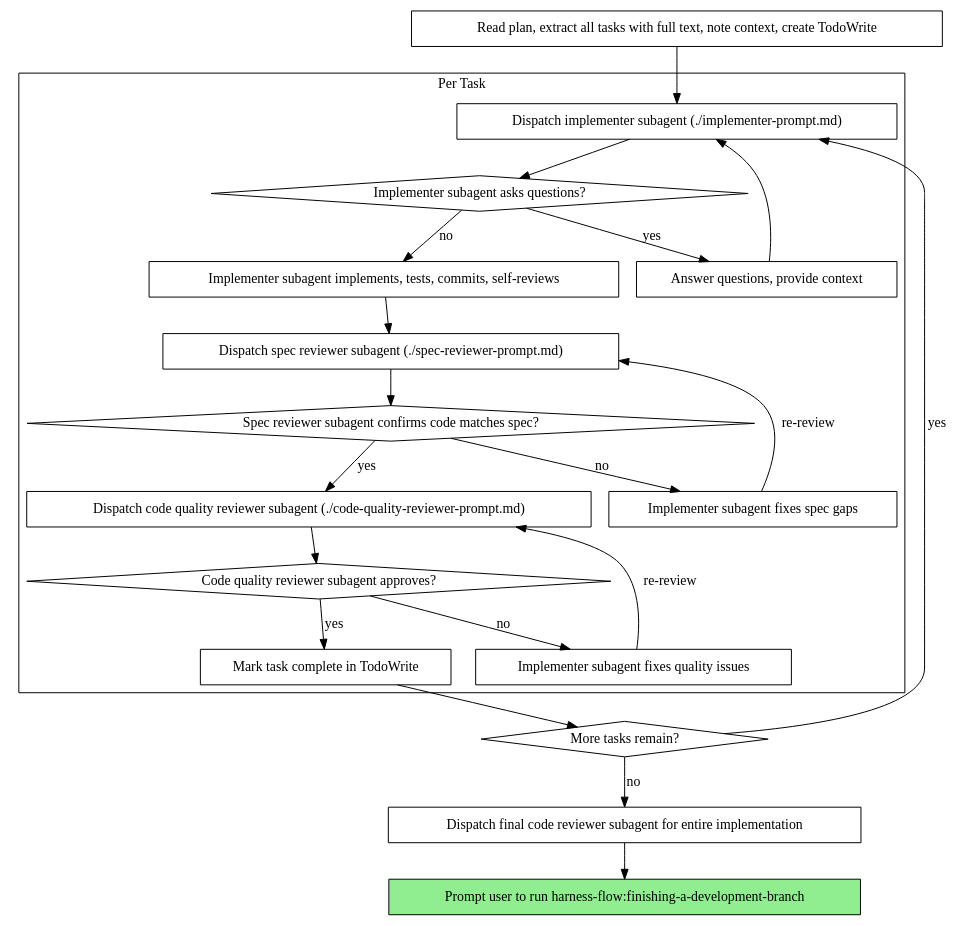
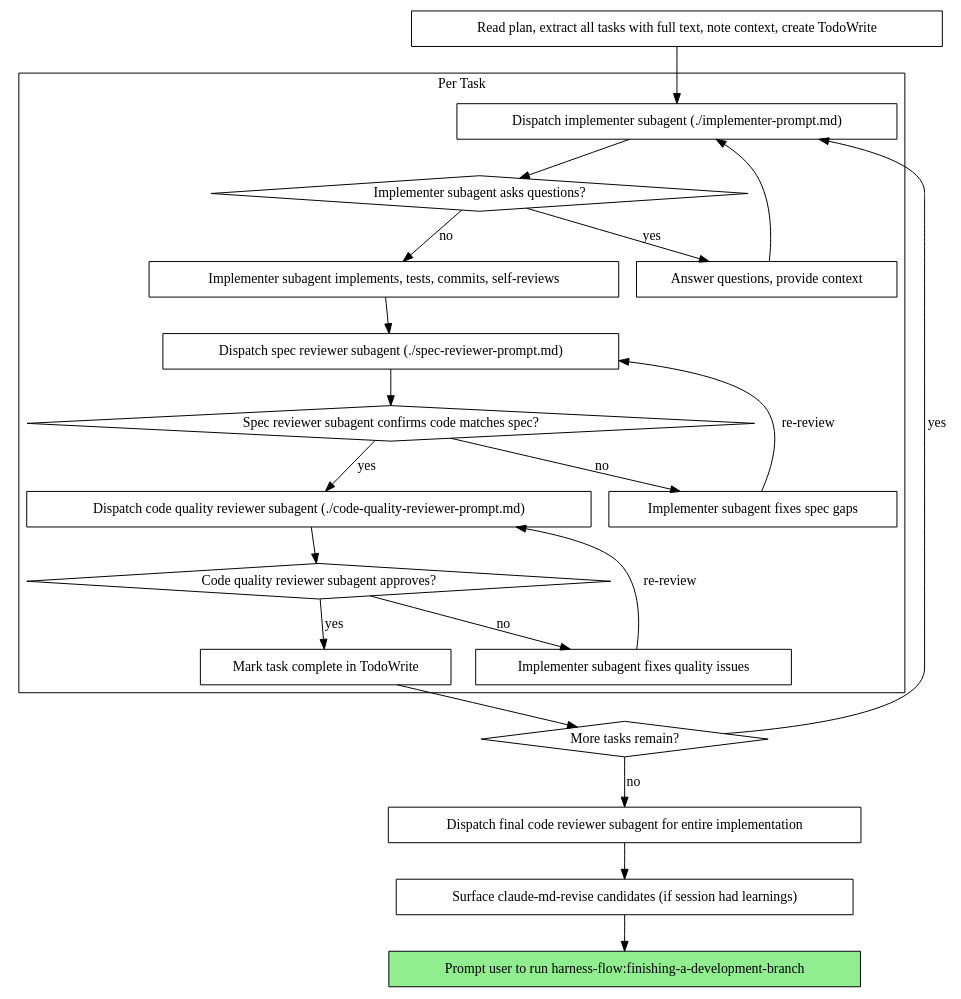
One commit to wonjinsin/harness-flow changed the second of 2 diagrams in skills/subagent-driven-development/SKILL.md. Above: the diagram before and after it, drawn with Graphviz. The commit also changed other lines of this file and 5 other files, not shown here.

First line of the commit message:
refactor(skills): relocate claude-md-revise out of finishing-a-development-branch

````diff
--- a/skills/subagent-driven-development/SKILL.md
+++ b/skills/subagent-driven-development/SKILL.md
@@ -32,44 +32,46 @@
 ```dot
 digraph process {
     rankdir=TB;
 
     subgraph cluster_per_task {
         label="Per Task";
         "Dispatch implementer subagent (./implementer-prompt.md)" [shape=box];
         "Implementer subagent asks questions?" [shape=diamond];
         "Answer questions, provide context" [shape=box];
         "Implementer subagent implements, tests, commits, self-reviews" [shape=box];
         "Dispatch spec reviewer subagent (./spec-reviewer-prompt.md)" [shape=box];
         "Spec reviewer subagent confirms code matches spec?" [shape=diamond];
         "Implementer subagent fixes spec gaps" [shape=box];
         "Dispatch code quality reviewer subagent (./code-quality-reviewer-prompt.md)" [shape=box];
         "Code quality reviewer subagent approves?" [shape=diamond];
         "Implementer subagent fixes quality issues" [shape=box];
         "Mark task complete in TodoWrite" [shape=box];
     }
 
     "Read plan, extract all tasks with full text, note context, create TodoWrite" [shape=box];
     "More tasks remain?" [shape=diamond];
     "Dispatch final code reviewer subagent for entire implementation" [shape=box];
+    "Surface claude-md-revise candidates (if session had learnings)" [shape=box];
     "Prompt user to run harness-flow:finishing-a-development-branch" [shape=box style=filled fillcolor=lightgreen];
 
     "Read plan, extract all tasks with full text, note context, create TodoWrite" -> "Dispatch implementer subagent (./implementer-prompt.md)";
     "Dispatch implementer subagent (./implementer-prompt.md)" -> "Implementer subagent asks questions?";
     "Implementer subagent asks questions?" -> "Answer questions, provide context" [label="yes"];
     "Answer questions, provide context" -> "Dispatch implementer subagent (./implementer-prompt.md)";
     "Implementer subagent asks questions?" -> "Implementer subagent implements, tests, commits, self-reviews" [label="no"];
     "Implementer subagent implements, tests, commits, self-reviews" -> "Dispatch spec reviewer subagent (./spec-reviewer-prompt.md)";
     "Dispatch spec reviewer subagent (./spec-reviewer-prompt.md)" -> "Spec reviewer subagent confirms code matches spec?";
     "Spec reviewer subagent confirms code matches spec?" -> "Implementer subagent fixes spec gaps" [label="no"];
     "Implementer subagent fixes spec gaps" -> "Dispatch spec reviewer subagent (./spec-reviewer-prompt.md)" [label="re-review"];
     "Spec reviewer subagent confirms code matches spec?" -> "Dispatch code quality reviewer subagent (./code-quality-reviewer-prompt.md)" [label="yes"];
     "Dispatch code quality reviewer subagent (./code-quality-reviewer-prompt.md)" -> "Code quality reviewer subagent approves?";
     "Code quality reviewer subagent approves?" -> "Implementer subagent fixes quality issues" [label="no"];
     "Implementer subagent fixes quality issues" -> "Dispatch code quality reviewer subagent (./code-quality-reviewer-prompt.md)" [label="re-review"];
     "Code quality reviewer subagent approves?" -> "Mark task complete in TodoWrite" [label="yes"];
     "Mark task complete in TodoWrite" -> "More tasks remain?";
     "More tasks remain?" -> "Dispatch implementer subagent (./implementer-prompt.md)" [label="yes"];
     "More tasks remain?" -> "Dispatch final code reviewer subagent for entire implementation" [label="no"];
-    "Dispatch final code reviewer subagent for entire implementation" -> "Prompt user to run harness-flow:finishing-a-development-branch";
+    "Dispatch final code reviewer subagent for entire implementation" -> "Surface claude-md-revise candidates (if session had learnings)";
+    "Surface claude-md-revise candidates (if session had learnings)" -> "Prompt user to run harness-flow:finishing-a-development-branch";
 }
 ```
````
